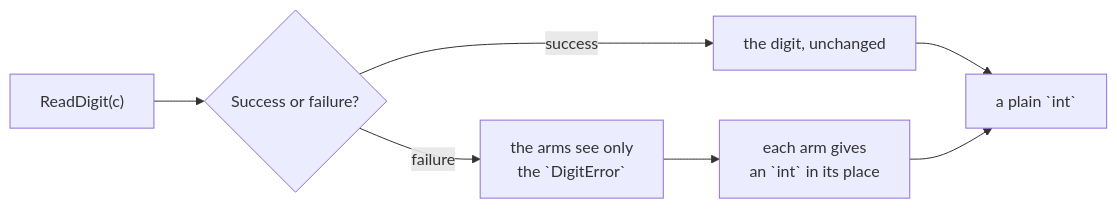
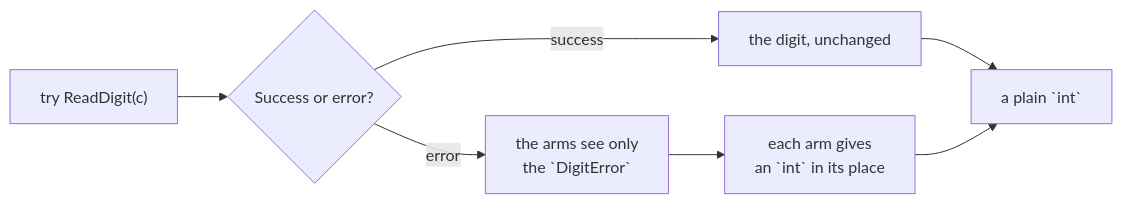
Before and after one commit to rux-lang/Web: the diagram in content/docs/1.learn/09.errors/06.catch.md, drawn with Mermaid. The commit also changed other lines of this file and 736 other files, not shown here.

````diff
--- a/content/docs/1.learn/09.errors/06.catch.md
+++ b/content/docs/1.learn/09.errors/06.catch.md
@@ -43,9 +43,9 @@
 ```mermaid
 flowchart LR
-    invoke["`ReadDigit(c)`"] --> q{"Success or failure?"}
+    invoke["`try ReadDigit(c)`"] --> q{"Success or error?"}
     q -- "success" --> pass["the digit, unchanged"]
-    q -- "failure" --> arms["the arms see only<br/>the `DigitError`"]
+    q -- "error" --> arms["the arms see only<br/>the `DigitError`"]
     arms --> value["each arm gives<br/>an `int` in its place"]
     pass --> result["a plain `int`"]
     value --> result
 ```
````
